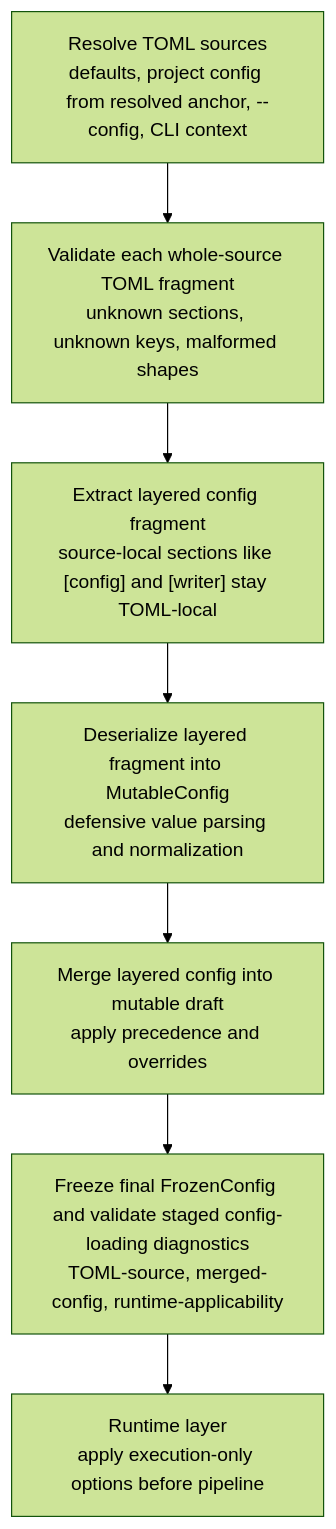
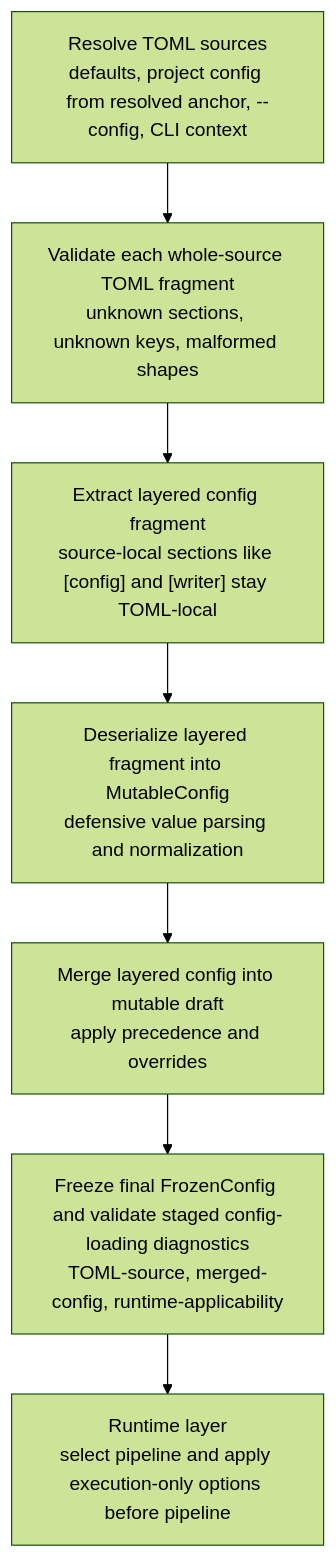
Before and after one commit to shutterfreak/topmark: the diagram in docs/dev/architecture.md, drawn with Mermaid (forest theme). The commit also changed other lines of this file and 29 other files, not shown here.

````diff
--- a/docs/dev/architecture.md
+++ b/docs/dev/architecture.md
@@ -128,12 +133,12 @@
 ```mermaid
 flowchart TD
     A["Resolve TOML sources<br/>defaults, project config from resolved anchor, --config, CLI context"]
     B["Validate each whole-source TOML fragment<br/>unknown sections, unknown keys, malformed shapes"]
     C["Extract layered config fragment<br/>source-local sections like [config] and [writer] stay TOML-local"]
     D["Deserialize layered fragment into MutableConfig<br/>defensive value parsing and normalization"]
     E["Merge layered config into mutable draft<br/>apply precedence and overrides"]
     F["Freeze final FrozenConfig and validate staged config-loading diagnostics<br/>TOML-source, merged-config, runtime-applicability"]
-    G["Runtime layer<br/>apply execution-only options before pipeline"]
+     G["Runtime layer<br/>select pipeline and apply execution-only options before pipeline"]
 
     A --> B --> C --> D --> E --> F --> G
 ```
````
